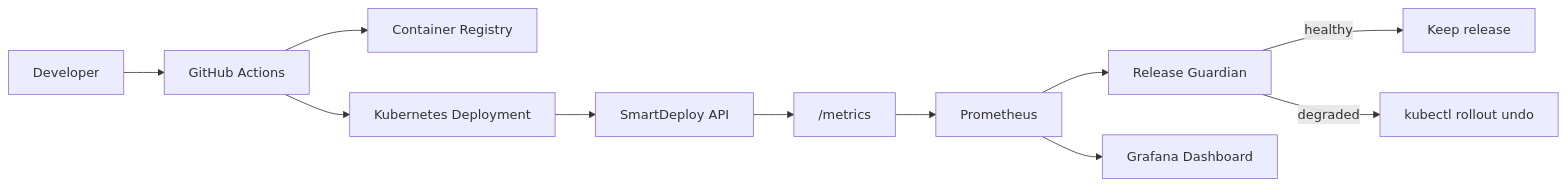
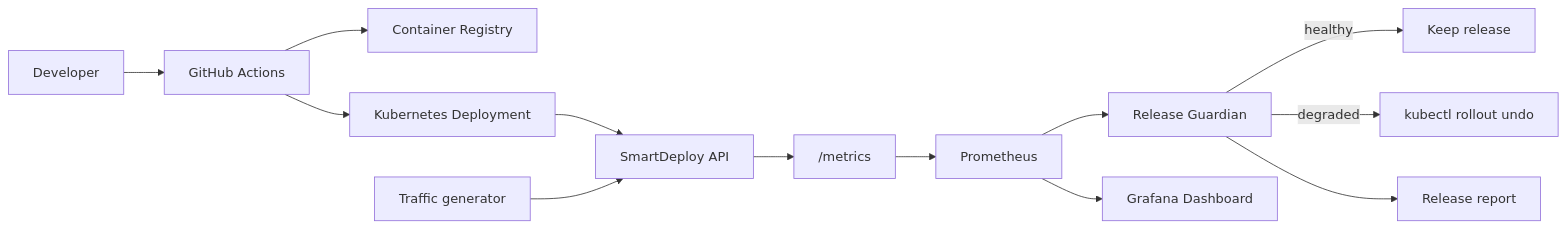
Before and after one commit to adamlepelletier923-gif/smartdeploy: the diagram in README.md, drawn with Mermaid. The commit also changed other lines of this file and 9 other files, not shown here.

````diff
--- a/README.md
+++ b/README.md
@@ -19,13 +22,15 @@
 ```mermaid
 flowchart LR
     Dev["Developer"] --> CI["GitHub Actions"]
     CI --> Registry["Container Registry"]
     CI --> K8s["Kubernetes Deployment"]
     K8s --> App["SmartDeploy API"]
     App --> Metrics["/metrics"]
     Metrics --> Prom["Prometheus"]
     Prom --> Guardian["Release Guardian"]
     Guardian -->|healthy| Keep["Keep release"]
     Guardian -->|degraded| Rollback["kubectl rollout undo"]
+    Guardian --> Report["Release report"]
     Prom --> Grafana["Grafana Dashboard"]
+    Load["Traffic generator"] --> App
 ```
````
